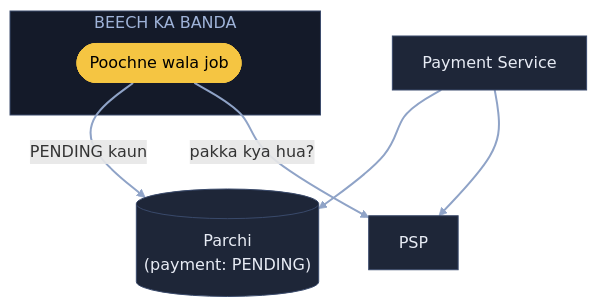
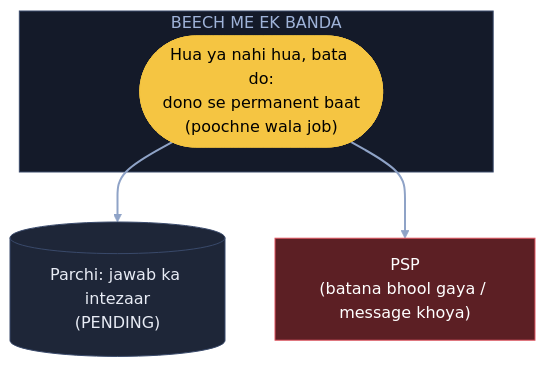
One commit to ArpanMaheshwari144/Prep changed the third of 11 diagrams in 04_HLD/SYSTEM_DESIGNS/06_payment_system/06_payment_system.md. Above: the diagram before and after it, drawn with Mermaid. The commit also changed other lines of this file, not shown here.

Commit message:
Payment: 11 diagram hand notes ke shabdon se, K4 heading 'fallback tareeka'

````diff
--- a/04_HLD/SYSTEM_DESIGNS/06_payment_system/06_payment_system.md
+++ b/04_HLD/SYSTEM_DESIGNS/06_payment_system/06_payment_system.md
@@ -90,19 +92,16 @@
 ```mermaid
 flowchart TB
-    S["Payment Service"]:::card
-    D[("Parchi<br/>(payment: PENDING)")]:::card
-    P["PSP"]:::card
-    subgraph BB["BEECH KA BANDA"]
-        J(["Poochne wala job"]):::pill
+    D[("Parchi: jawab ka intezaar<br/>(PENDING)")]:::card
+    P["PSP<br/>(batana bhool gaya / message khoya)"]:::bad
+    subgraph BB["BEECH ME EK BANDA"]
+        J(["Hua ya nahi hua, bata do:<br/>dono se permanent baat<br/>(poochne wala job)"]):::pill
     end
-    S --> D
-    S --> P
-    J -- "PENDING kaun" --> D
-    J -- "pakka kya hua?" --> P
+    J --> D
+    J --> P
     linkStyle default stroke:#8fa3c7,stroke-width:2px
     classDef card fill:#1e2638,stroke:#3a4a6b,color:#e8ecf5
     classDef pill fill:#f5c542,stroke:#f5c542,color:#000
     classDef good fill:#2e7d4f,stroke:#3fbf6f,color:#fff
     classDef bad fill:#5c1f24,stroke:#e05561,color:#fff
     style BB fill:#141a29,stroke:#3a4a6b,color:#9fb3d9
 ```
````
